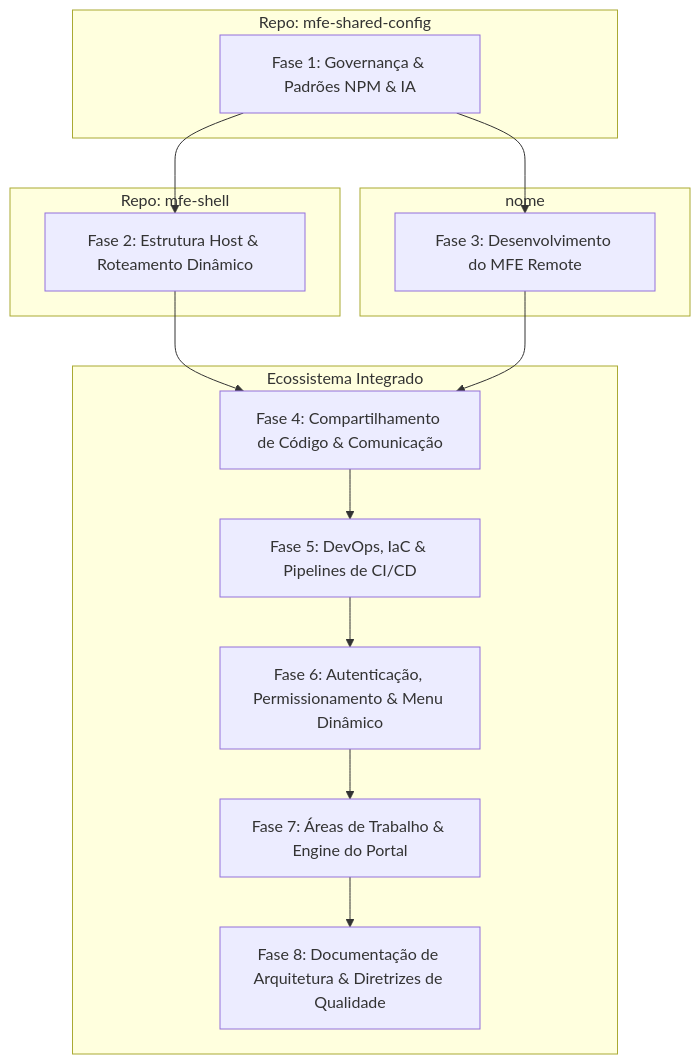
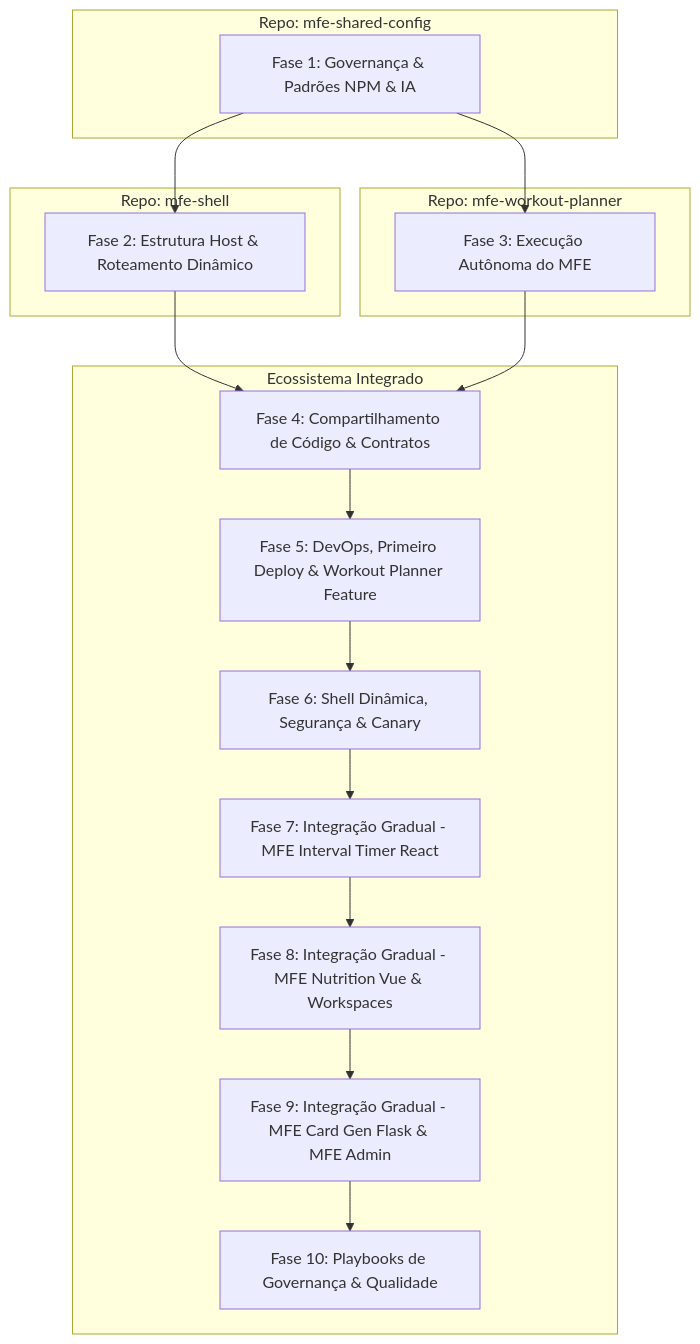
The diagram in docs/roadmap.md (alexandresouva/fitlab-shell), drawn with Mermaid before and after one commit. The commit also changed other lines of this file and 2 other files, not shown here.

Commit message:
docs(roadmap): update roadmap with persona workspaces and symlink cleanup

````diff
--- a/docs/roadmap.md
+++ b/docs/roadmap.md
@@ -13,31 +13,35 @@
 ```mermaid
 graph TD
     %% Repositórios e Fluxo
     subgraph Repo: mfe-shared-config
         F1[Fase 1: Governança & Padrões NPM & IA]
     end
 
     subgraph Repo: mfe-shell
         F2[Fase 2: Estrutura Host & Roteamento Dinâmico]
     end
 
-    subgraph Repo: mfe-[nome]
-        F3[Fase 3: Desenvolvimento do MFE Remote]
+    subgraph Repo: mfe-workout-planner
+        F3[Fase 3: Execução Autônoma do MFE]
     end
 
     subgraph Ecossistema Integrado
-        F4[Fase 4: Compartilhamento de Código & Comunicação]
-        F5[Fase 5: DevOps, IaC & Pipelines de CI/CD]
-        F6[Fase 6: Autenticação, Permissionamento & Menu Dinâmico]
-        F7[Fase 7: Áreas de Trabalho & Engine do Portal]
-        F8[Fase 8: Documentação de Arquitetura & Diretrizes de Qualidade]
+        F4[Fase 4: Compartilhamento de Código & Contratos]
+        F5[Fase 5: DevOps, Primeiro Deploy & Workout Planner Feature]
+        F6[Fase 6: Shell Dinâmica, Segurança & Canary]
+        F7[Fase 7: Integração Gradual - MFE Interval Timer React]
+        F8[Fase 8: Integração Gradual - MFE Nutrition Vue & Workspaces]
+        F9[Fase 9: Integração Gradual - MFE Card Gen Flask & MFE Admin]
+        F10[Fase 10: Playbooks de Governança & Qualidade]
     end
 
     F1 --> F2
     F1 --> F3
     F2 & F3 --> F4
     F4 --> F5
     F5 --> F6
     F6 --> F7
     F7 --> F8
+    F8 --> F9
+    F9 --> F10
 ```
````
